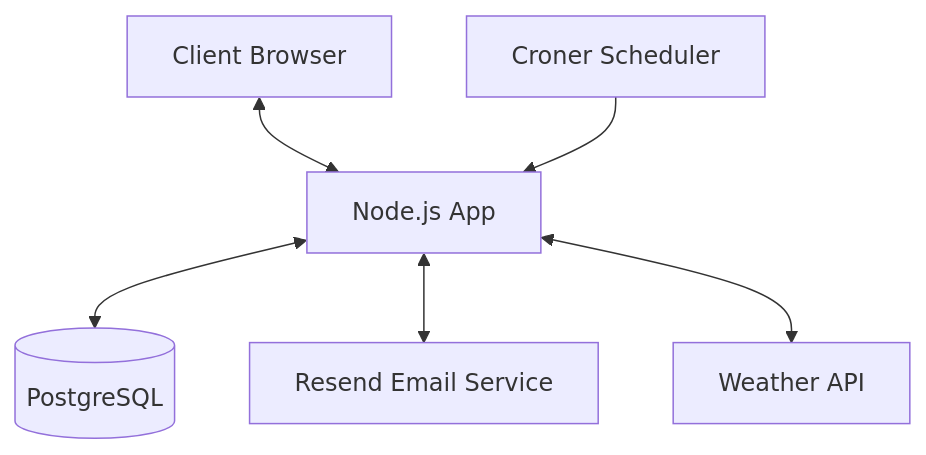
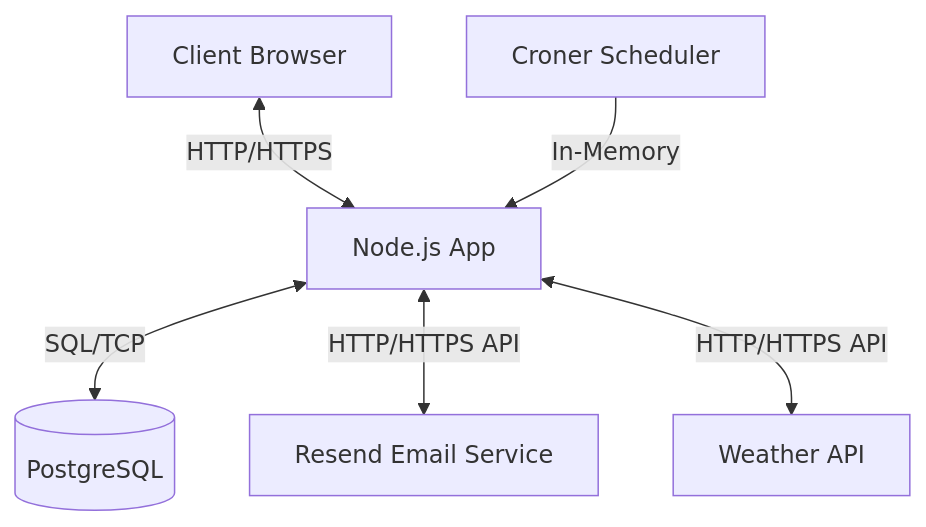
Before and after one commit to GenesisEducationKyiv/software-engineering-school-5-0-allohamora: the diagram in docs/system-design.md, drawn with Mermaid.

Commit message:
docs: add protocols to the High-Level Architecture

````diff
--- a/docs/system-design.md
+++ b/docs/system-design.md
@@ -54,15 +54,15 @@
 ```mermaid
 flowchart TD
     Client[Client Browser]
     NodeApp[Node.js App]
     DB[(PostgreSQL)]
     Email[Resend Email Service]
     Weather[Weather API]
     Scheduler[Croner Scheduler]
 
-    Client <--> NodeApp
-    Scheduler --> NodeApp
-    NodeApp <--> DB
-    NodeApp <--> Email
-    NodeApp <--> Weather
+    Client <-->|HTTP/HTTPS| NodeApp
+    Scheduler -->|In-Memory| NodeApp
+    NodeApp <-->|SQL/TCP| DB
+    NodeApp <-->|HTTP/HTTPS API| Email
+    NodeApp <-->|HTTP/HTTPS API| Weather
 ```
````
